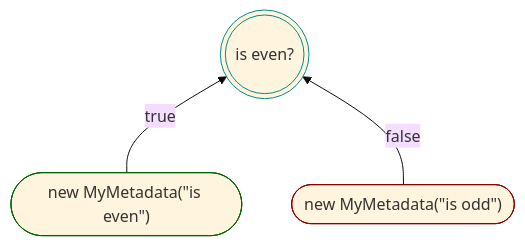
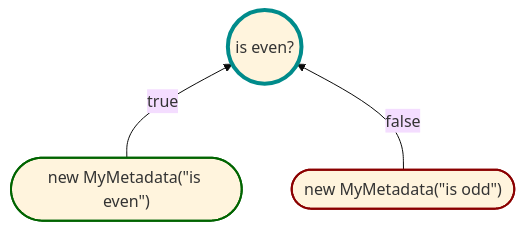
One commit to karlssberg/Motiv changed the diagram in tutorial/MetadataProposition.md. Above: the diagram before and after it, drawn with Mermaid (base theme). The commit also changed 8 other files, not shown here.

Commit message:
restyled diagrams corrected typos

````diff
--- a/tutorial/MetadataProposition.md
+++ b/tutorial/MetadataProposition.md
@@ -7,10 +7,10 @@
 ```mermaid
 flowchart BT
 
-    True([new MyMetadata&lpar;&quot;is even&quot;&rpar;]) -->|true| P(((is even?)))
+    True([new MyMetadata&lpar;&quot;is even&quot;&rpar;]) -->|true| P((is even?))
     False([new MyMetadata&lpar;&quot;is odd&quot;&rpar;]) -->|false| P
 
-    style P stroke:darkcyan
-    style True stroke:darkgreen
-    style False stroke:darkred
+    style P stroke:darkcyan,stroke-width:4px
+    style True stroke:darkgreen,stroke-width:2px
+    style False stroke:darkred,stroke-width:2px
 ```
````
